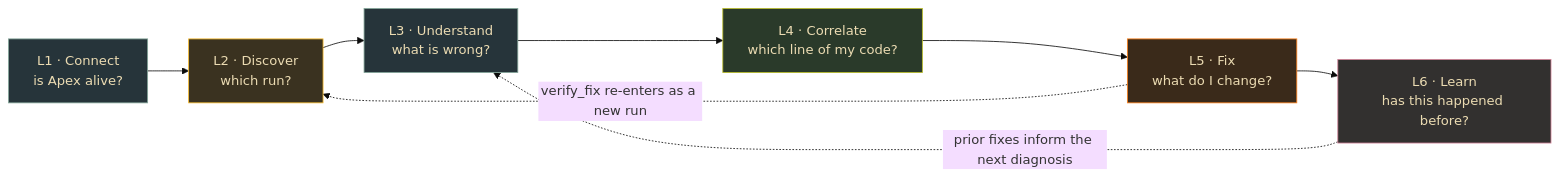
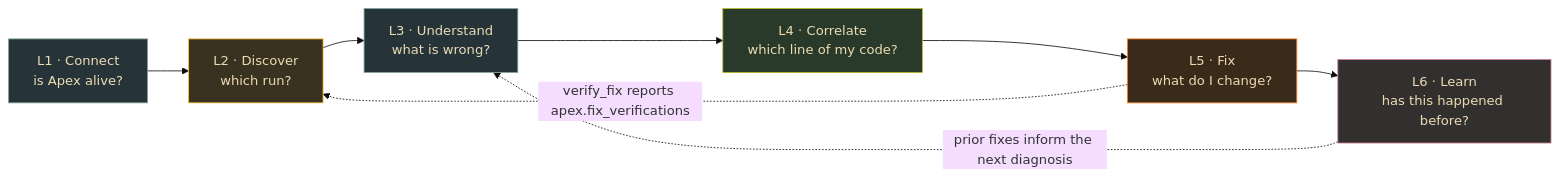
The diagram in docs/lanes/SERVE-LEGS.md (luanmorenommaciel/apex), drawn with Mermaid (base theme) before and after one commit. The commit also changed other lines of this file and 2 other files, not shown here.

First line of the commit message:
docs(serve): record L5 as a surface over the verify lane

````diff
--- a/docs/lanes/SERVE-LEGS.md
+++ b/docs/lanes/SERVE-LEGS.md
@@ -33,19 +33,19 @@
 ```mermaid
 flowchart LR
     L1["L1 · Connect<br/>is Apex alive?"]:::a
     L2["L2 · Discover<br/>which run?"]:::hot
     L3["L3 · Understand<br/>what is wrong?"]:::a
     L4["L4 · Correlate<br/>which line of my code?"]:::star
     L5["L5 · Fix<br/>what do I change?"]:::b
     L6["L6 · Learn<br/>has this happened before?"]:::c
 
     L1 --> L2 --> L3 --> L4 --> L5 --> L6
     L6 -.->|"prior fixes inform the next diagnosis"| L3
-    L5 -.->|"verify_fix re-enters as a new run"| L2
+    L5 -.->|"verify_fix reports apex.fix_verifications"| L2
 
     classDef a fill:#26343a,stroke:#83a598,color:#ebdbb2;
     classDef b fill:#3a2a1a,stroke:#fe8019,color:#ebdbb2;
     classDef c fill:#32302f,stroke:#d3869b,color:#ebdbb2;
     classDef hot fill:#3a3220,stroke:#fabd2f,color:#ebdbb2;
     classDef star fill:#2a3a2a,stroke:#b8bb26,color:#ebdbb2;
 ```
````
